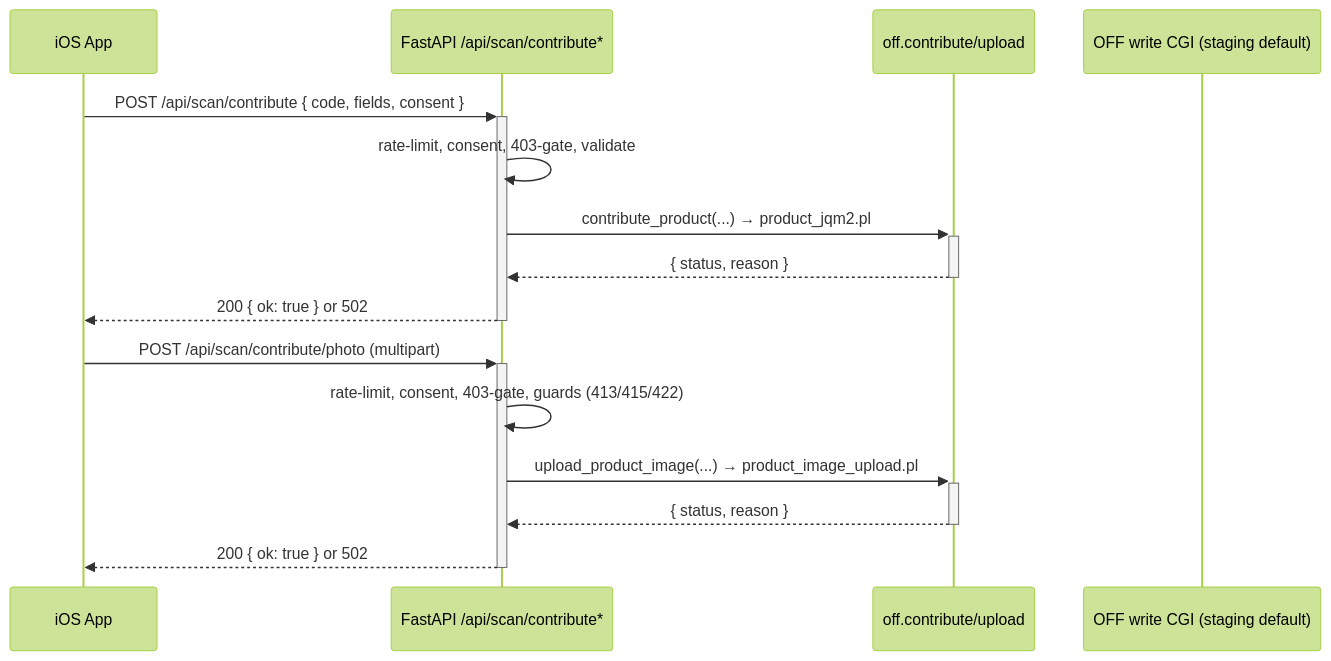
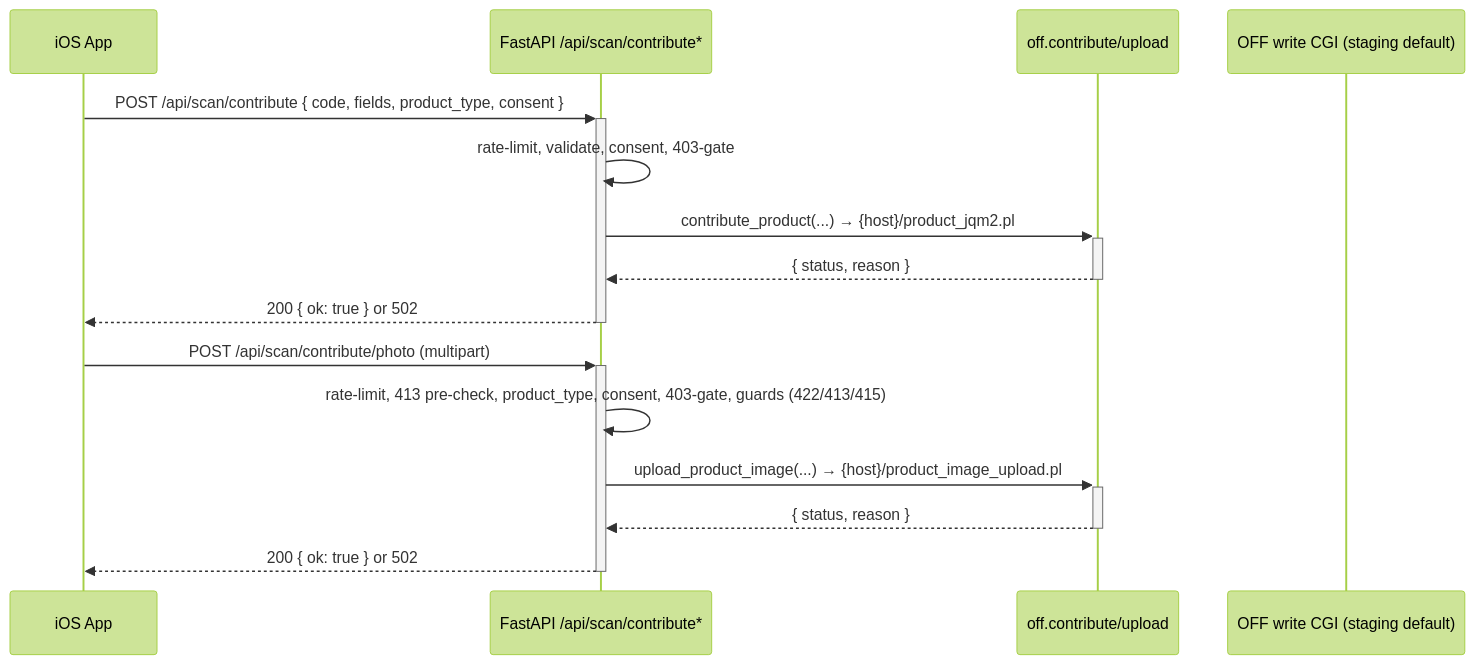
One commit to lorecanc/dispensapp changed the second of 2 diagrams in wiki/concepts/off-integration.md. Above: the diagram before and after it, drawn with Mermaid (forest theme). The commit also changed other lines of this file and 56 other files, not shown here.

````diff
--- a/wiki/concepts/off-integration.md
+++ b/wiki/concepts/off-integration.md
@@ -55,19 +57,19 @@
 ```mermaid
 sequenceDiagram
     participant iOS as iOS App
     participant API as FastAPI /api/scan/contribute*
     participant OFF_svc as off.contribute/upload
     participant OFF_API as OFF write CGI (staging default)
 
-    iOS->>+API: POST /api/scan/contribute { code, fields, consent }
-    API->>API: rate-limit, consent, 403-gate, validate
-    API->>+OFF_svc: contribute_product(...) → product_jqm2.pl
+    iOS->>+API: POST /api/scan/contribute { code, fields, product_type, consent }
+    API->>API: rate-limit, validate, consent, 403-gate
+    API->>+OFF_svc: contribute_product(...) → {host}/product_jqm2.pl
     OFF_svc-->>-API: { status, reason }
     API-->>-iOS: 200 { ok: true } or 502
 
     iOS->>+API: POST /api/scan/contribute/photo (multipart)
-    API->>API: rate-limit, consent, 403-gate, guards (413/415/422)
-    API->>+OFF_svc: upload_product_image(...) → product_image_upload.pl
+    API->>API: rate-limit, 413 pre-check, product_type, consent, 403-gate, guards (422/413/415)
+    API->>+OFF_svc: upload_product_image(...) → {host}/product_image_upload.pl
     OFF_svc-->>-API: { status, reason }
     API-->>-iOS: 200 { ok: true } or 502
 ```
````
